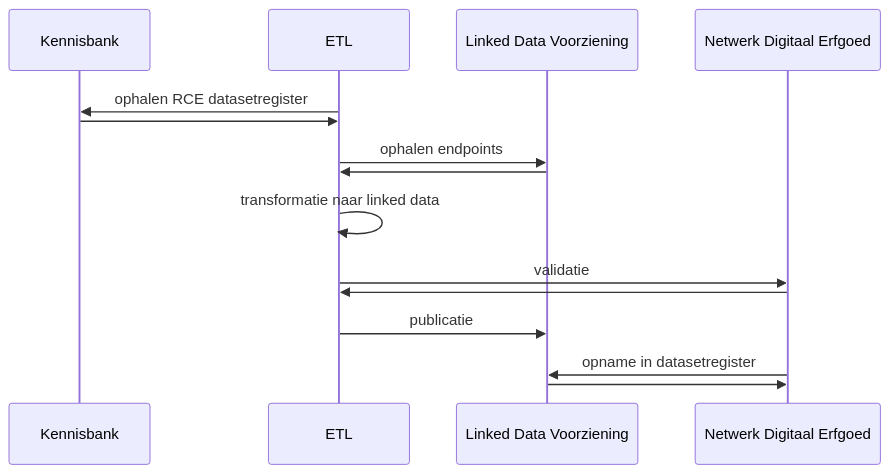
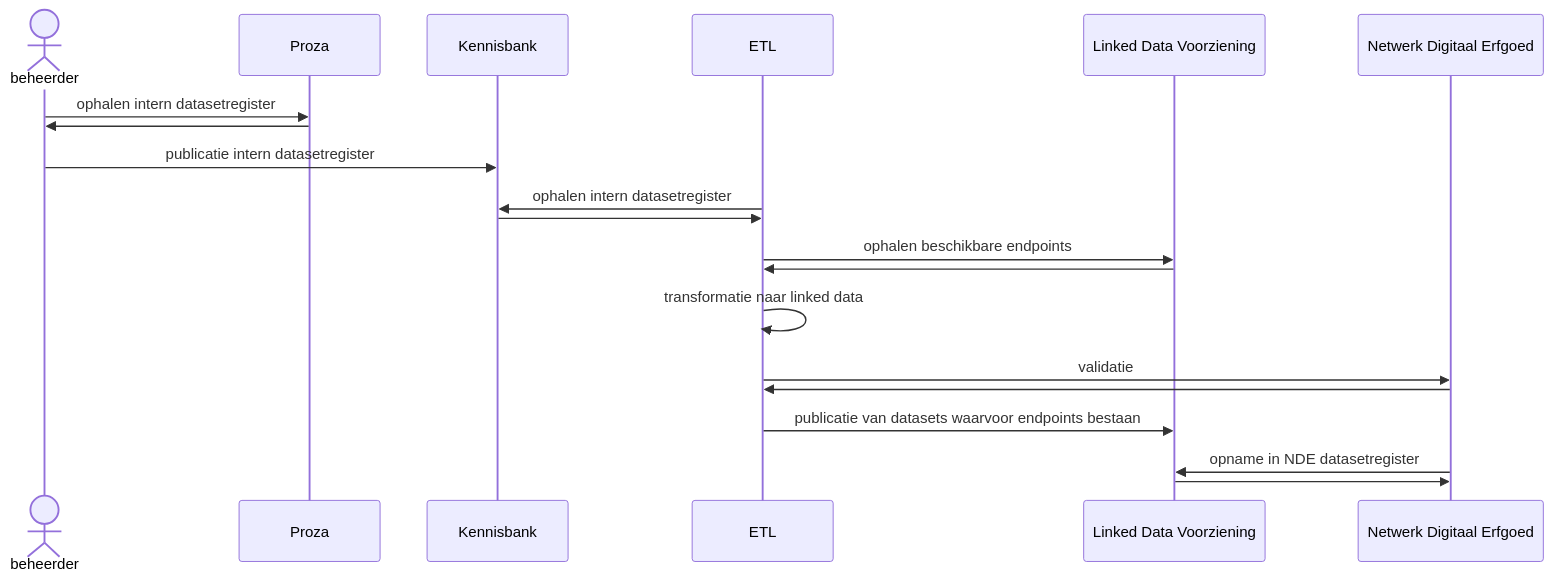
One commit to cultureelerfgoed/datacatalog-etl changed the diagram in README.md. Above: the diagram before and after it, drawn with Mermaid.

````diff
--- a/README.md
+++ b/README.md
@@ -12,19 +12,23 @@
 ```mermaid
 sequenceDiagram;
+    actor beheerder
+    participant Proza 
     participant Kennisbank
     participant ETL
     participant Linked Data Voorziening
     participant Netwerk Digitaal Erfgoed
-
-    ETL->>Kennisbank:ophalen RCE datasetregister
+    
+    beheerder->>Proza:ophalen intern datasetregister
+    Proza->>beheerder:
+    beheerder->>Kennisbank:publicatie intern datasetregister
+    ETL->>Kennisbank:ophalen intern datasetregister
     Kennisbank->>ETL:
-    ETL->>Linked Data Voorziening:ophalen endpoints
+    ETL->>Linked Data Voorziening:ophalen beschikbare endpoints
     Linked Data Voorziening->>ETL:
     ETL->>ETL:transformatie naar linked data
     ETL->>Netwerk Digitaal Erfgoed:validatie
     Netwerk Digitaal Erfgoed->>ETL:
-    ETL->>Linked Data Voorziening:publicatie
-    Netwerk Digitaal Erfgoed->>Linked Data Voorziening:opname in datasetregister
+    ETL->>Linked Data Voorziening:publicatie van datasets waarvoor endpoints bestaan
+    Netwerk Digitaal Erfgoed->>Linked Data Voorziening:opname in NDE datasetregister
     Linked Data Voorziening->>Netwerk Digitaal Erfgoed:
-
 ```
````
